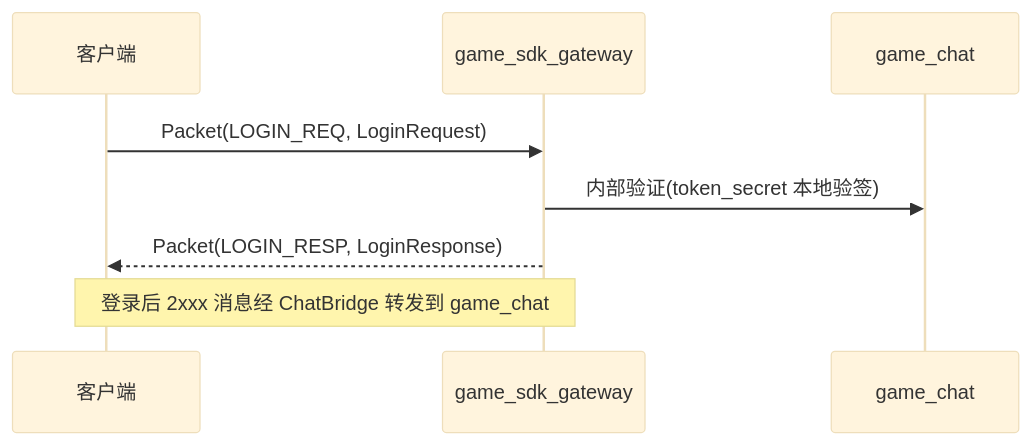
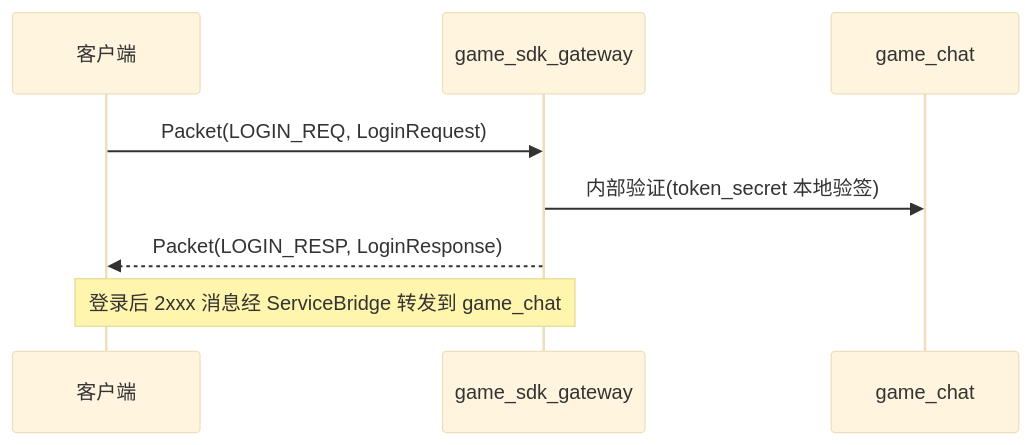
The first of 3 diagrams in docs/api/overview.md (cuihairu/chirp), drawn with Mermaid (base theme) before and after one commit. The commit also changed other lines of this file and 24 other files, not shown here.

````diff
--- a/docs/api/overview.md
+++ b/docs/api/overview.md
@@ -194,11 +194,11 @@
 ```mermaid
 sequenceDiagram
     participant C as 客户端
     participant G as game_sdk_gateway
     participant S as game_chat
 
     C->>G: Packet(LOGIN_REQ, LoginRequest)
     G->>S: 内部验证(token_secret 本地验签)
     G-->>C: Packet(LOGIN_RESP, LoginResponse)
-    Note over C,G: 登录后 2xxx 消息经 ChatBridge 转发到 game_chat
+    Note over C,G: 登录后 2xxx 消息经 ServiceBridge 转发到 game_chat
 ```
````
